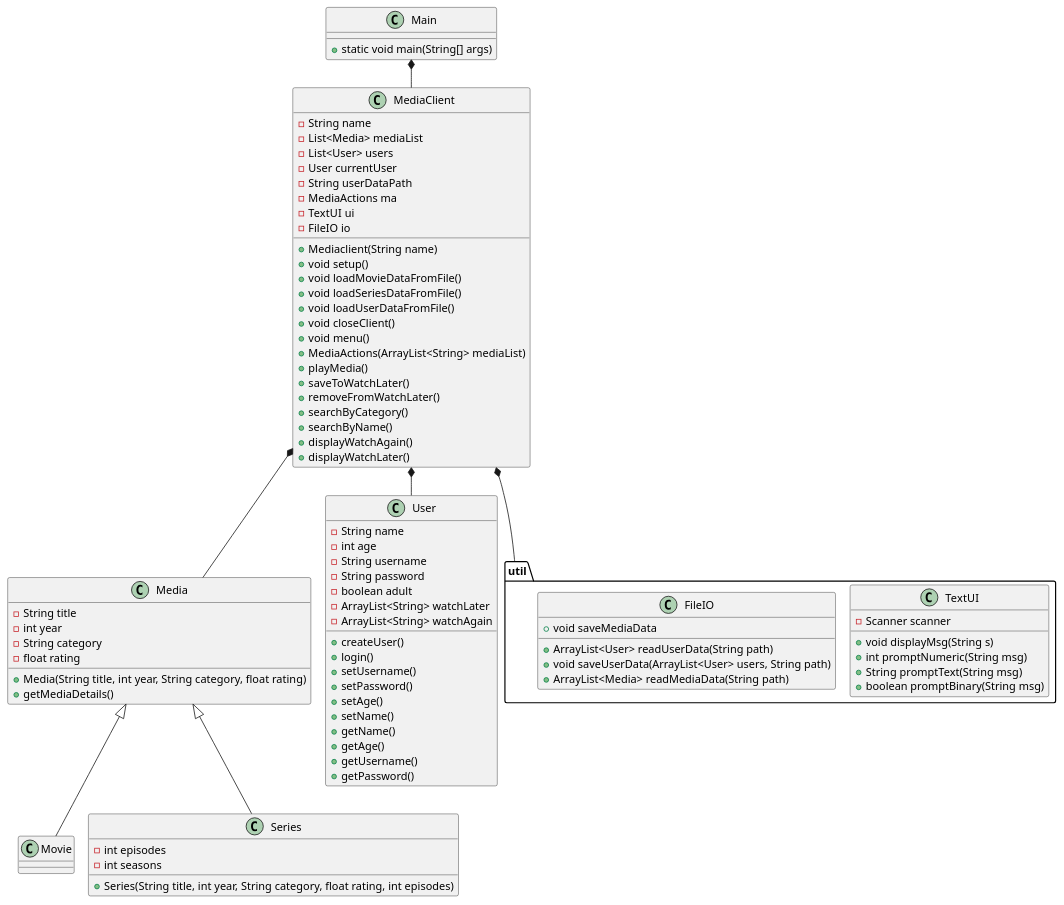
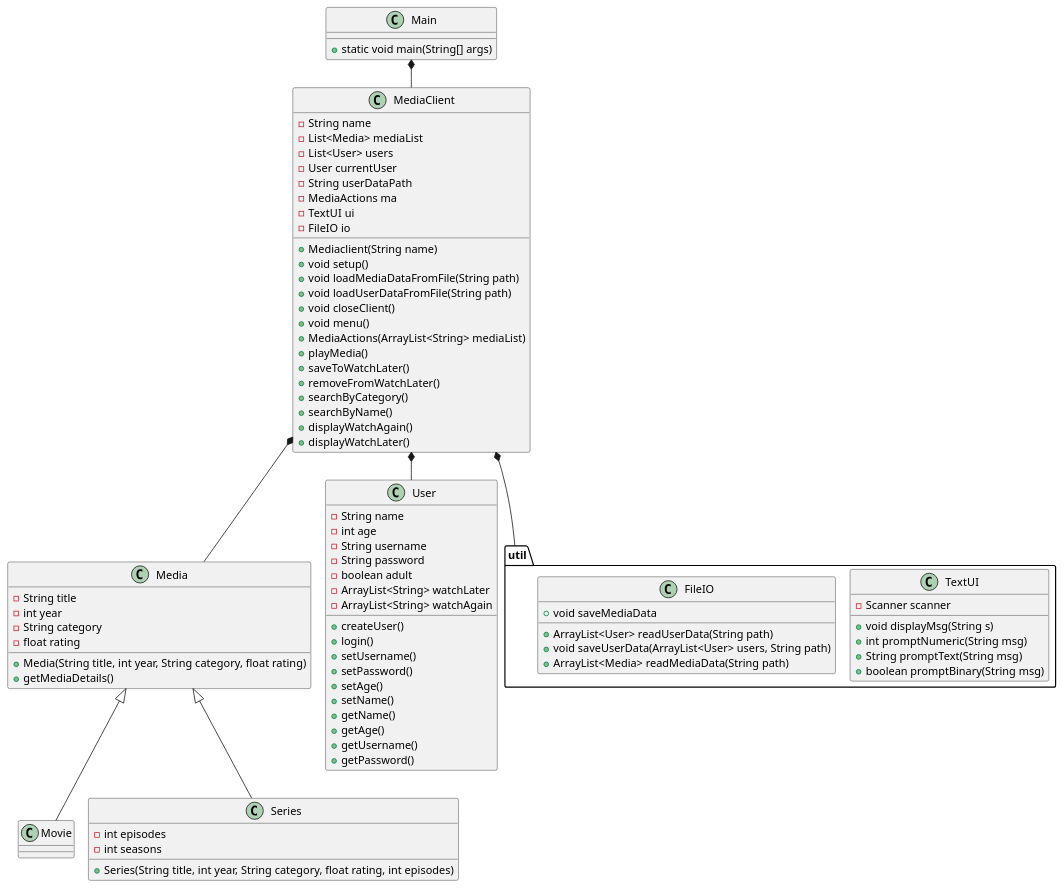
One commit to b-rino/SP3 changed the diagram in docs/classdiagram_v0.puml. Above: the diagram before and after it, drawn with PlantUML.

Commit message:
tilrettet loadMediaData / user (String path) file

```diff
--- a/docs/classdiagram_v0.puml
+++ b/docs/classdiagram_v0.puml
@@ -1,111 +1,110 @@
 @startuml
 !pragma layout smetana
 
 class Main{
 + static void main(String[] args)
 }
 
 class Media{
 - String title
 - int year
 - String category
 - float rating
 +Media(String title, int year, String category, float rating)
 +getMediaDetails()
 
 
 }
 
 class MediaClient{
 -String name
 -List<Media> mediaList
 -List<User> users
 -User currentUser
 -String userDataPath
 -MediaActions ma
 -TextUI ui
 -FileIO io
 +Mediaclient(String name)
 +void setup()
-+void loadMovieDataFromFile()
-+void loadSeriesDataFromFile()
-+void loadUserDataFromFile()
++void loadMediaDataFromFile(String path)
++void loadUserDataFromFile(String path)
 +void closeClient()
 +void menu()
 +MediaActions(ArrayList<String> mediaList)
 +playMedia()
 +saveToWatchLater()
 +removeFromWatchLater()
 +searchByCategory()
 +searchByName()
 +displayWatchAgain()
 +displayWatchLater()
 
 
 }
 
 
 class Movie{
 }
 
 class Series{
 - int episodes
 - int seasons
 +Series(String title, int year, String category, float rating, int episodes)
 }
 
 
 class User{
 -String name
 -int age
 -String username
 -String password
 -boolean adult
 -ArrayList<String> watchLater
 -ArrayList<String> watchAgain
 +createUser()
 +login()
 '+logout()
 +setUsername()
 +setPassword()
 +setAge()
 +setName()
 +getName()
 +getAge()
 +getUsername()
 +getPassword()
 }
 
 
 package "util" {
 class TextUI{
 - Scanner scanner
 
 +void displayMsg(String s)
 +int promptNumeric(String msg)
 +String promptText(String msg)
 +boolean promptBinary(String msg)
 }
 class FileIO{
 '+void addMediaToFile(Media media, String path)
 '+void removeMediaFromFile(Media media, String path)
 +ArrayList<User> readUserData(String path)
 +void saveUserData(ArrayList<User> users, String path)
 +ArrayList<Media> readMediaData(String path)
 +void saveMediaData
 }
 }
 
 MediaClient *-- Media
 Media<|--Series
 Media <|-- Movie
 MediaClient *-- User
 Main *-- MediaClient
 MediaClient *-- "util"
 
 
 
 
 
 
 @enduml
```
